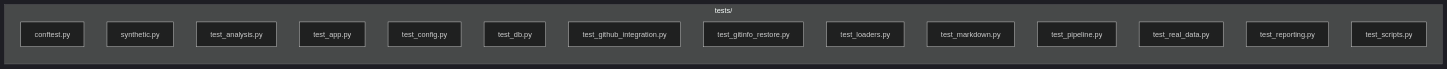
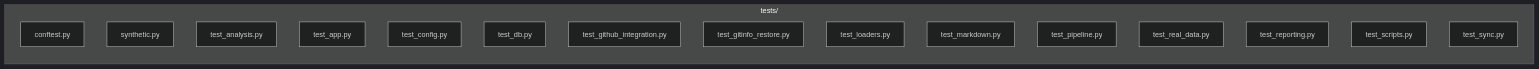
Before and after one commit to drsanjna/cardiac-imaging-medicare: the diagram in tests/README.md, drawn with Mermaid (dark theme). The commit also changed other lines of this file and 23 other files, not shown here.

````diff
--- a/tests/README.md
+++ b/tests/README.md
@@ -11,19 +11,20 @@
 ```mermaid
 flowchart LR
   subgraph here["tests/"]
     n_conftest_py["conftest.py"]
     n_synthetic_py["synthetic.py"]
     n_test_analysis_py["test_analysis.py"]
     n_test_app_py["test_app.py"]
     n_test_config_py["test_config.py"]
     n_test_db_py["test_db.py"]
     n_test_github_integration_py["test_github_integration.py"]
     n_test_gitinfo_restore_py["test_gitinfo_restore.py"]
     n_test_loaders_py["test_loaders.py"]
     n_test_markdown_py["test_markdown.py"]
     n_test_pipeline_py["test_pipeline.py"]
     n_test_real_data_py["test_real_data.py"]
     n_test_reporting_py["test_reporting.py"]
     n_test_scripts_py["test_scripts.py"]
+    n_test_sync_py["test_sync.py"]
   end
 ```
````
